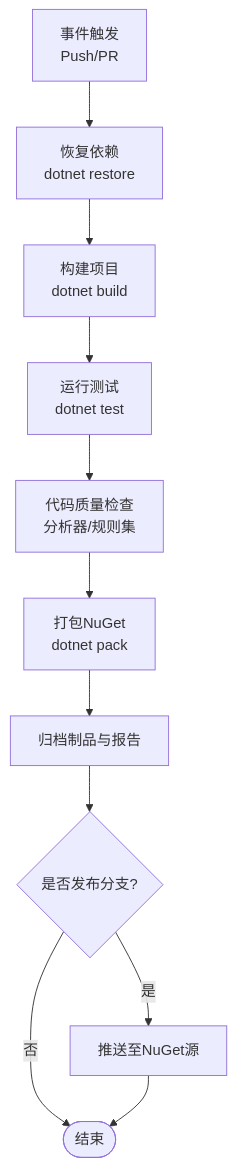
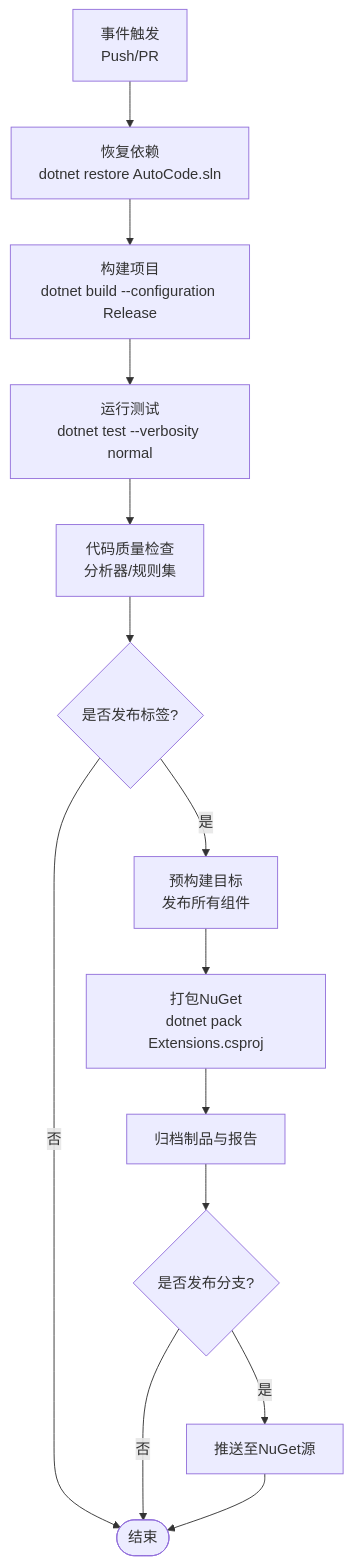
The fourth of 6 diagrams in .qoder/repowiki/zh/content/部署与发布/部署与发布.md (alivy/AutoCode), drawn with Mermaid before and after one commit. The commit also changed other lines of this file and 279 other files, not shown here.

````diff
--- a/.qoder/repowiki/zh/content/部署与发布/部署与发布.md
+++ b/.qoder/repowiki/zh/content/部署与发布/部署与发布.md
@@ -278,13 +187,16 @@
 ```mermaid
 flowchart TD
-Trigger["事件触发<br/>Push/PR"] --> Restore["恢复依赖<br/>dotnet restore"]
-Restore --> Build["构建项目<br/>dotnet build"]
-Build --> Test["运行测试<br/>dotnet test"]
+Trigger["事件触发<br/>Push/PR"] --> Restore["恢复依赖<br/>dotnet restore AutoCode.sln"]
+Restore --> Build["构建项目<br/>dotnet build --configuration Release"]
+Build --> Test["运行测试<br/>dotnet test --verbosity normal"]
 Test --> Quality["代码质量检查<br/>分析器/规则集"]
-Quality --> Pack["打包NuGet<br/>dotnet pack"]
-Pack --> Artifacts["归档制品与报告"]
+Quality --> Pack{"是否发布标签?"}
+Pack --> |是| PreBuild["预构建目标<br/>发布所有组件"]
+Pack --> |否| End(["结束"])
+PreBuild --> PackNuGet["打包NuGet<br/>dotnet pack Extensions.csproj"]
+PackNuGet --> Artifacts["归档制品与报告"]
 Artifacts --> Publish{"是否发布分支?"}
 Publish --> |是| Push["推送至NuGet源"]
 Publish --> |否| End(["结束"])
 Push --> End
 ```
````
